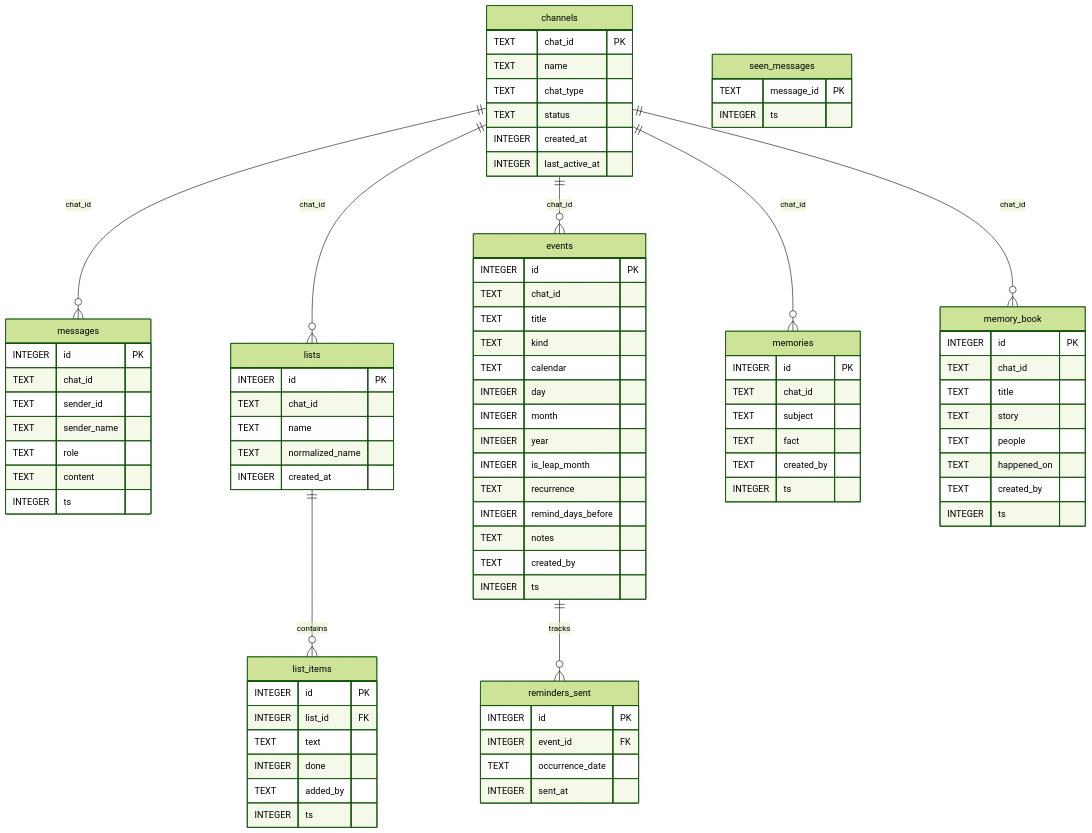
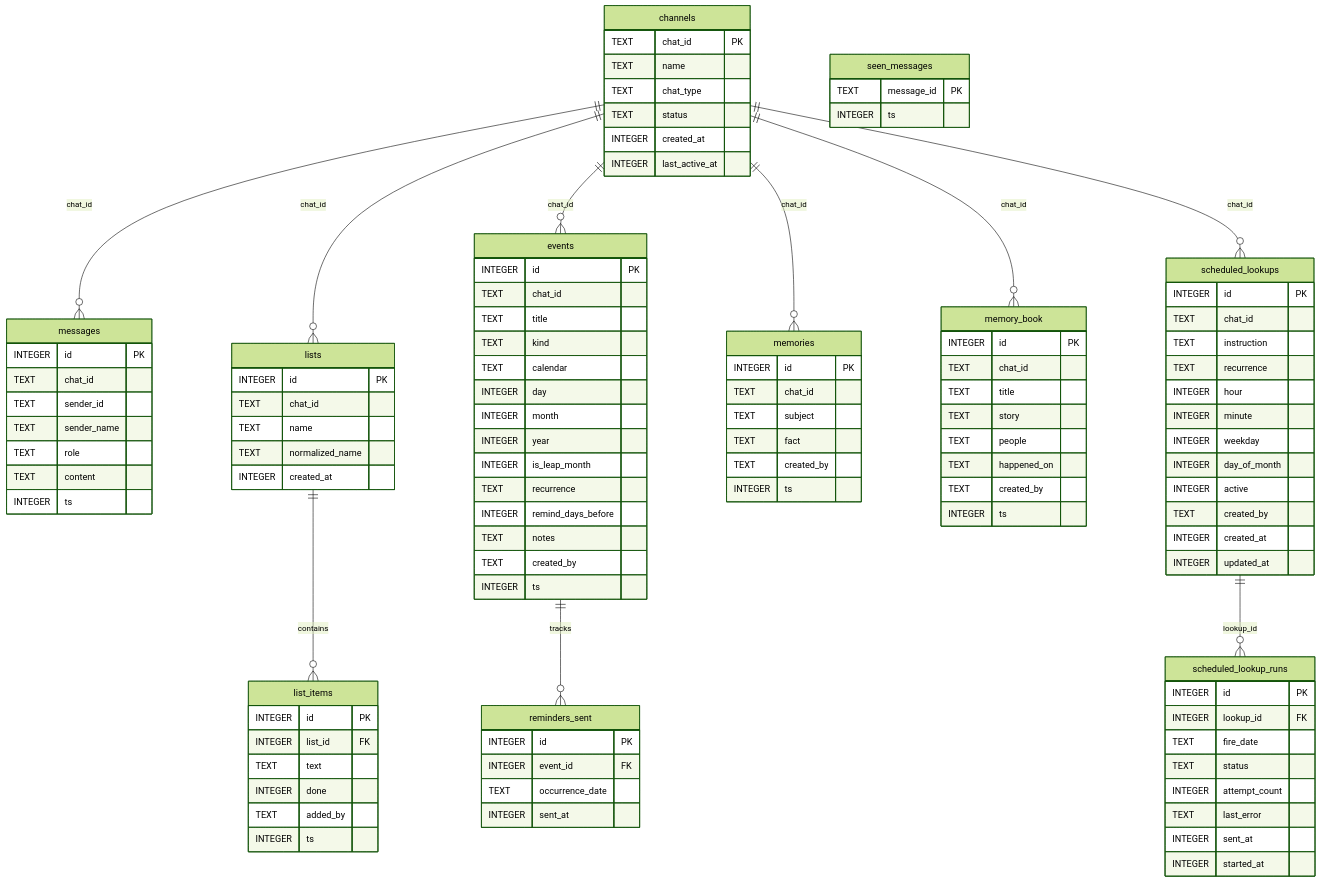
The diagram in readme.md (tranlehaiquan/46-bot), drawn with Mermaid (forest theme) before and after one commit. The commit also changed other lines of this file and 29 other files, not shown here.

Commit message:
feat: implement scheduled lookups and channel management features with database support and UI tabs

````diff
--- a/readme.md
+++ b/readme.md
@@ -96,6 +100,8 @@
     events ||--o{ reminders_sent : tracks
     channels ||--o{ memories : "chat_id"
     channels ||--o{ memory_book : "chat_id"
+    channels ||--o{ scheduled_lookups : "chat_id"
+    scheduled_lookups ||--o{ scheduled_lookup_runs : "lookup_id"
 
     seen_messages {
         TEXT message_id PK
@@ -181,4 +187,30 @@
         TEXT created_by
         INTEGER ts
     }
+
+    scheduled_lookups {
+        INTEGER id PK
+        TEXT chat_id
+        TEXT instruction
+        TEXT recurrence
+        INTEGER hour
+        INTEGER minute
+        INTEGER weekday
+        INTEGER day_of_month
+        INTEGER active
+        TEXT created_by
+        INTEGER created_at
+        INTEGER updated_at
+    }
+
+    scheduled_lookup_runs {
+        INTEGER id PK
+        INTEGER lookup_id FK
+        TEXT fire_date
+        TEXT status
+        INTEGER attempt_count
+        TEXT last_error
+        INTEGER sent_at
+        INTEGER started_at
+    }
 ```
````
